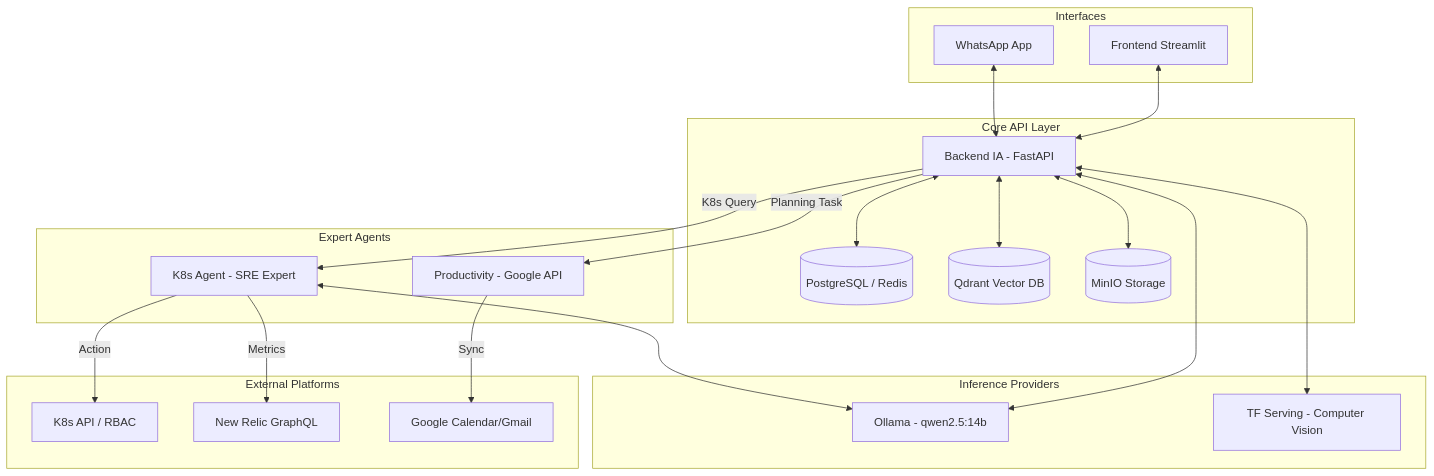
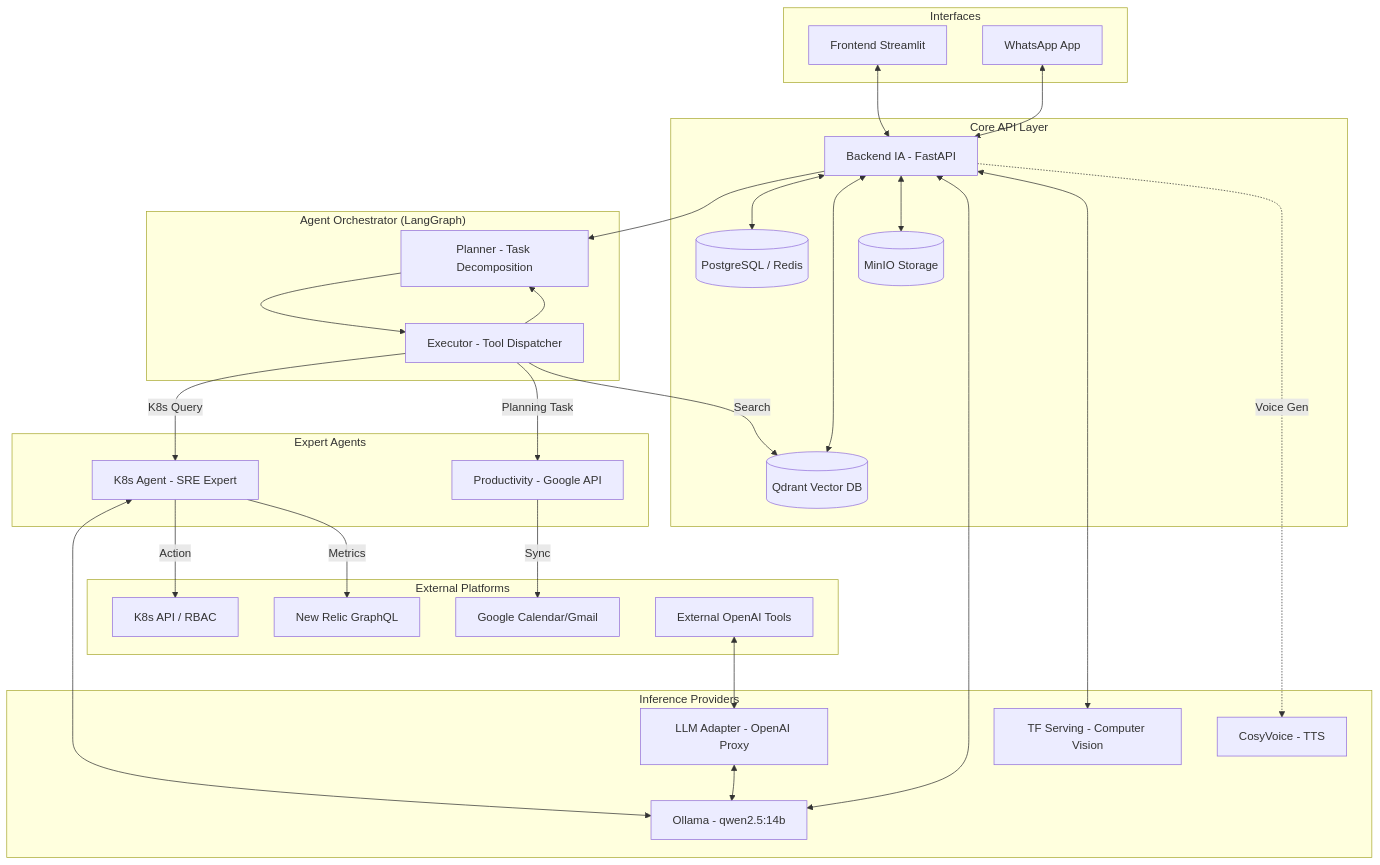
Before and after one commit to ricardogs26/amael-ia: the diagram in README.md, drawn with Mermaid. The commit also changed other lines of this file and 18 other files, not shown here.

````diff
--- a/README.md
+++ b/README.md
@@ -75,41 +88,53 @@
 ```mermaid
 graph TD
     subgraph "Interfaces"
         UI[Frontend Streamlit]
         WA[WhatsApp App]
     end
 
     subgraph "Core API Layer"
         BE[Backend IA - FastAPI]
         DB[(PostgreSQL / Redis)]
         VS[(Qdrant Vector DB)]
         OBJ[(MinIO Storage)]
     end
 
     subgraph "Expert Agents"
         K8S[K8s Agent - SRE Expert]
         PROD[Productivity - Google API]
     end
 
     subgraph "Inference Providers"
         OL[Ollama - qwen2.5:14b]
         TF[TF Serving - Computer Vision]
+        CV[CosyVoice - TTS]
+        LA[LLM Adapter - OpenAI Proxy]
     end
 
     subgraph "External Platforms"
         KUBE[K8s API / RBAC]
         NR[New Relic GraphQL]
         GAPI[Google Calendar/Gmail]
+        EXT[External OpenAI Tools]
     end
 
     %% Connectivity
     UI & WA <--> BE
+    subgraph "Agent Orchestrator (LangGraph)"
+        BE --> PLAN[Planner - Task Decomposition]
+        PLAN --> EXEC[Executor - Tool Dispatcher]
+        EXEC --> PLAN
+    end
     BE <--> DB & VS & OBJ
     BE <--> OL & TF
-    BE -->|K8s Query| K8S
-    BE -->|Planning Task| PROD
+    EXEC -->|K8s Query| K8S
+    EXEC -->|Planning Task| PROD
+    EXEC -->|Search| VS
+    BE -.->|Voice Gen| CV
     K8S <--> OL
     K8S -->|Action| KUBE
     K8S -->|Metrics| NR
     PROD -->|Sync| GAPI
+    EXT <--> LA
+    LA <--> OL
 ```
````
